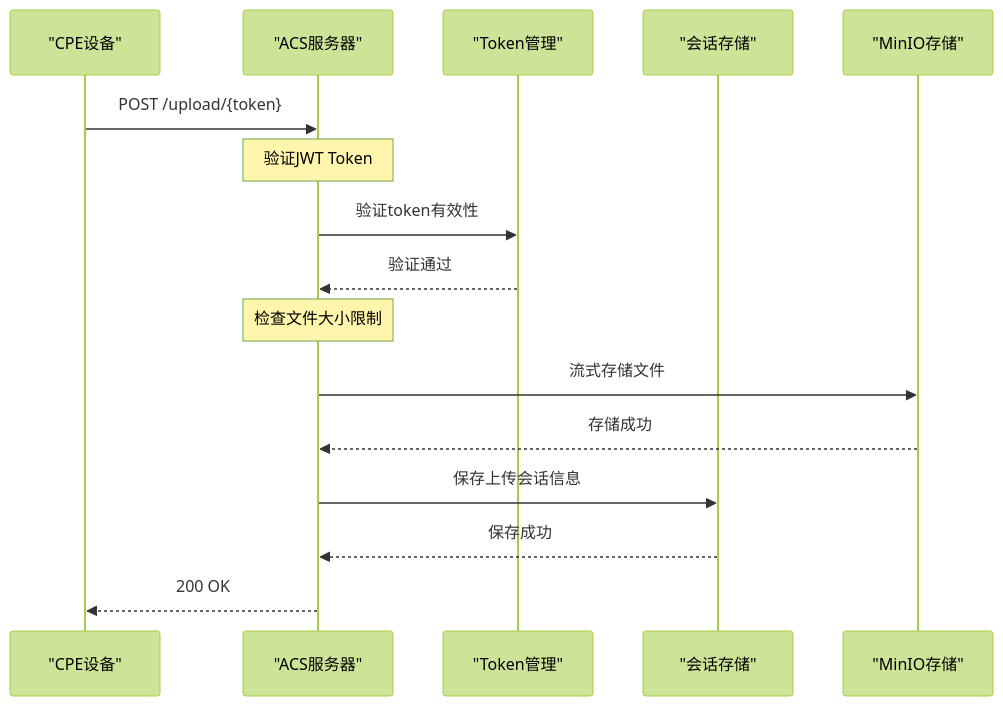
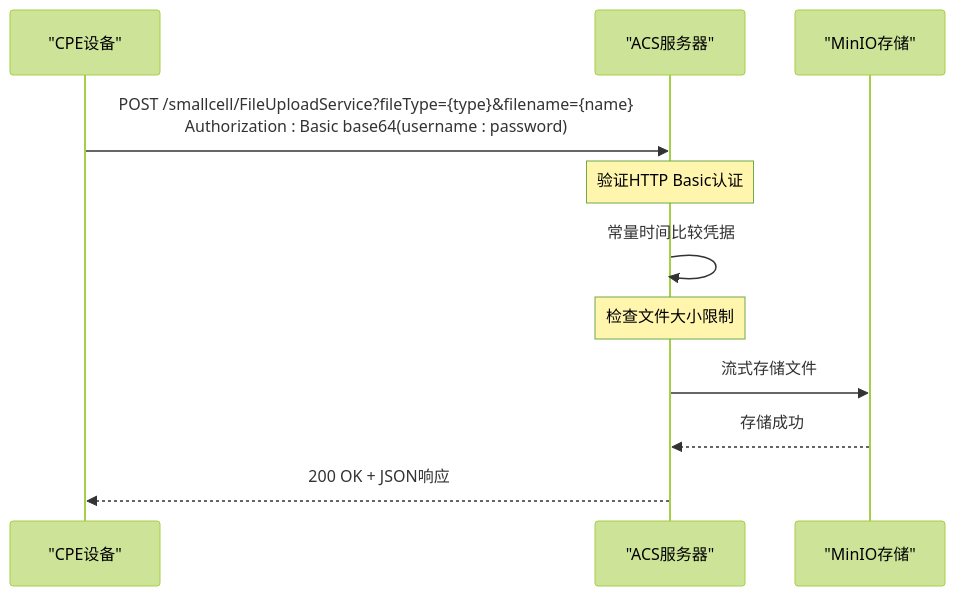
Before and after one commit to bixinhaner/xomc: the eighth of 11 diagrams in .qoder/repowiki/zh/content/核心模块/文件管理模块/文件管理模块.md, drawn with Mermaid (forest theme). The commit also changed other lines of this file and 4 other files, not shown here.

````diff
--- a/.qoder/repowiki/zh/content/核心模块/文件管理模块/文件管理模块.md
+++ b/.qoder/repowiki/zh/content/核心模块/文件管理模块/文件管理模块.md
@@ -386,18 +404,13 @@
 ```mermaid
 sequenceDiagram
 participant CPE as "CPE设备"
 participant ACS as "ACS服务器"
-participant Token as "Token管理"
-participant Session as "会话存储"
 participant MinIO as "MinIO存储"
-CPE->>ACS : POST /upload/{token}
-Note over ACS : 验证JWT Token
-ACS->>Token : 验证token有效性
-Token-->>ACS : 验证通过
+CPE->>ACS : POST /smallcell/FileUploadService?fileType={type}&filename={name}<br/>Authorization : Basic base64(username : password)
+Note over ACS : 验证HTTP Basic认证
+ACS->>ACS : 常量时间比较凭据
 Note over ACS : 检查文件大小限制
 ACS->>MinIO : 流式存储文件
 MinIO-->>ACS : 存储成功
-ACS->>Session : 保存上传会话信息
-Session-->>ACS : 保存成功
-ACS-->>CPE : 200 OK
+ACS-->>CPE : 200 OK + JSON响应
 ```
````
